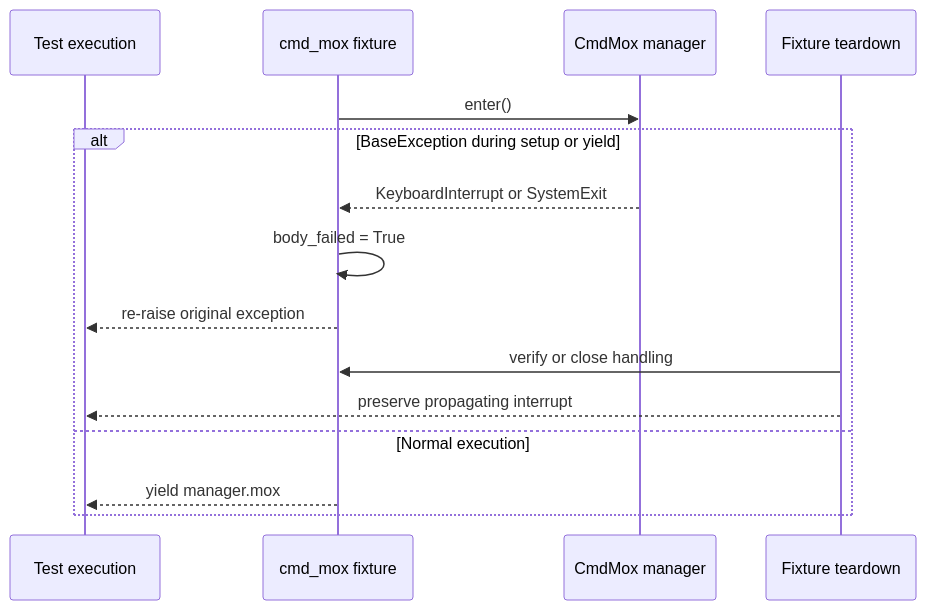
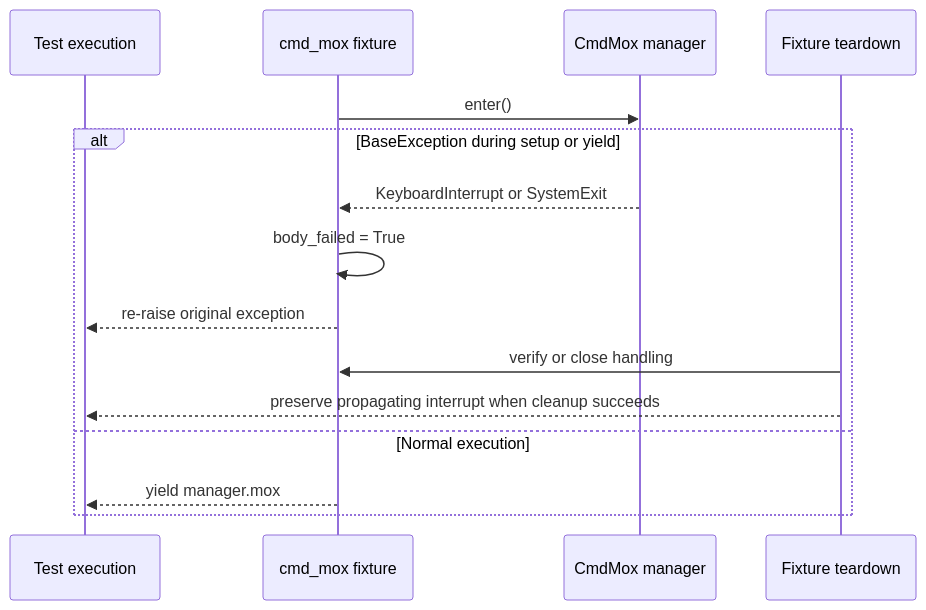
Before and after one commit to leynos/cmd-mox: the third of 30 diagrams in docs/python-native-command-mocking-design.md, drawn with Mermaid. The commit also changed 1 other file, not shown here.

Commit message:
Strengthen interrupt teardown coverage
Exercise teardown verification failure while an injected KeyboardInterrupt
is propagating, and qualify the diagram arrow to match the cleanup
success condition.

````diff
--- a/docs/python-native-command-mocking-design.md
+++ b/docs/python-native-command-mocking-design.md
@@ -436,18 +436,18 @@
 ```mermaid
 sequenceDiagram
     participant Test as Test execution
     participant Fixture as cmd_mox fixture
     participant Manager as CmdMox manager
     participant Teardown as Fixture teardown
 
     Fixture->>Manager: enter()
     alt BaseException during setup or yield
         Manager-->>Fixture: KeyboardInterrupt or SystemExit
         Fixture->>Fixture: body_failed = True
         Fixture-->>Test: re-raise original exception
         Teardown->>Fixture: verify or close handling
-        Teardown-->>Test: preserve propagating interrupt
+        Teardown-->>Test: preserve propagating interrupt when cleanup succeeds
     else Normal execution
         Fixture-->>Test: yield manager.mox
     end
 ```
````
